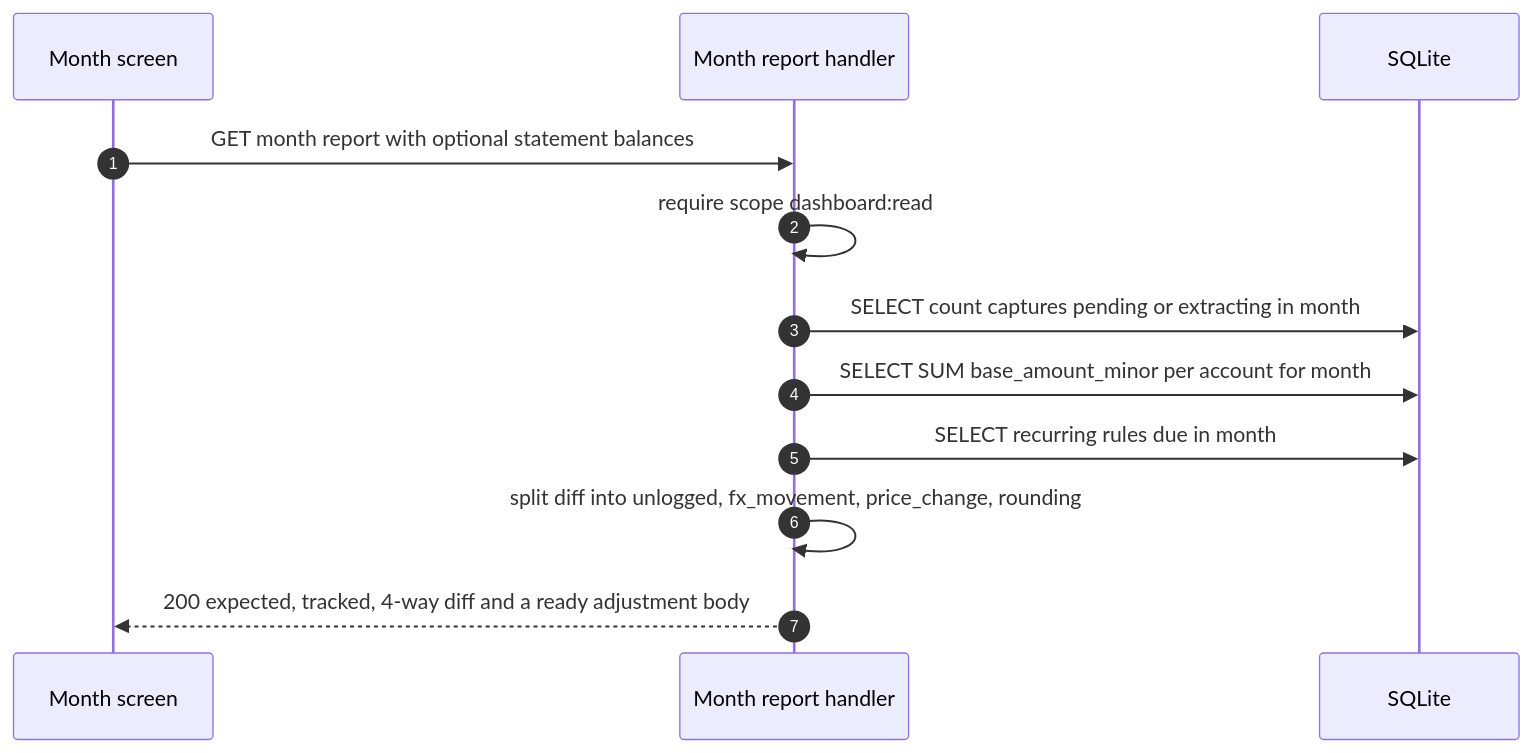
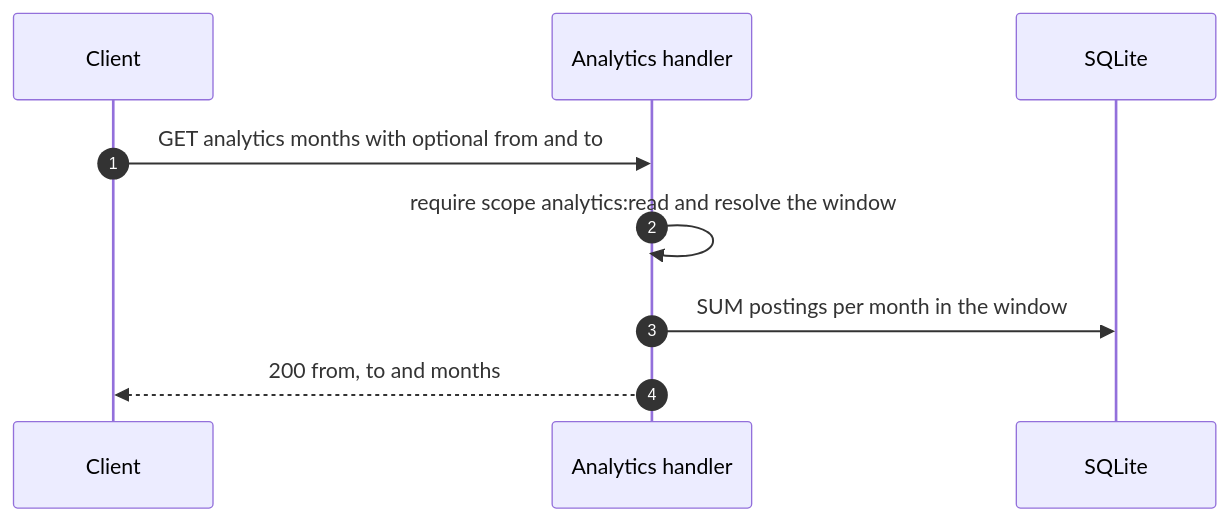
Before and after one commit to dimasbaguspm/spenicle: diagram 16 of 20 in docs/v2-api.md, drawn with Mermaid. The commit also changed other lines of this file and 44 other files, not shown here.

````diff
--- a/docs/v2-api.md
+++ b/docs/v2-api.md
@@ -866,14 +913,11 @@
 ```mermaid
 sequenceDiagram
     autonumber
-    participant UI as Month screen
-    participant API as Month report handler
+    participant UI as Client
+    participant API as Analytics handler
     participant DB as SQLite
-    UI->>API: GET month report with optional statement balances
-    API->>API: require scope dashboard:read
-    API->>DB: SELECT count captures pending or extracting in month
-    API->>DB: SELECT SUM base_amount_minor per account for month
-    API->>DB: SELECT recurring rules due in month
-    API->>API: split diff into unlogged, fx_movement, price_change, rounding
-    API-->>UI: 200 expected, tracked, 4-way diff and a ready adjustment body
+    UI->>API: GET analytics months with optional from and to
+    API->>API: require scope analytics:read and resolve the window
+    API->>DB: SUM postings per month in the window
+    API-->>UI: 200 from, to and months
 ```
````
